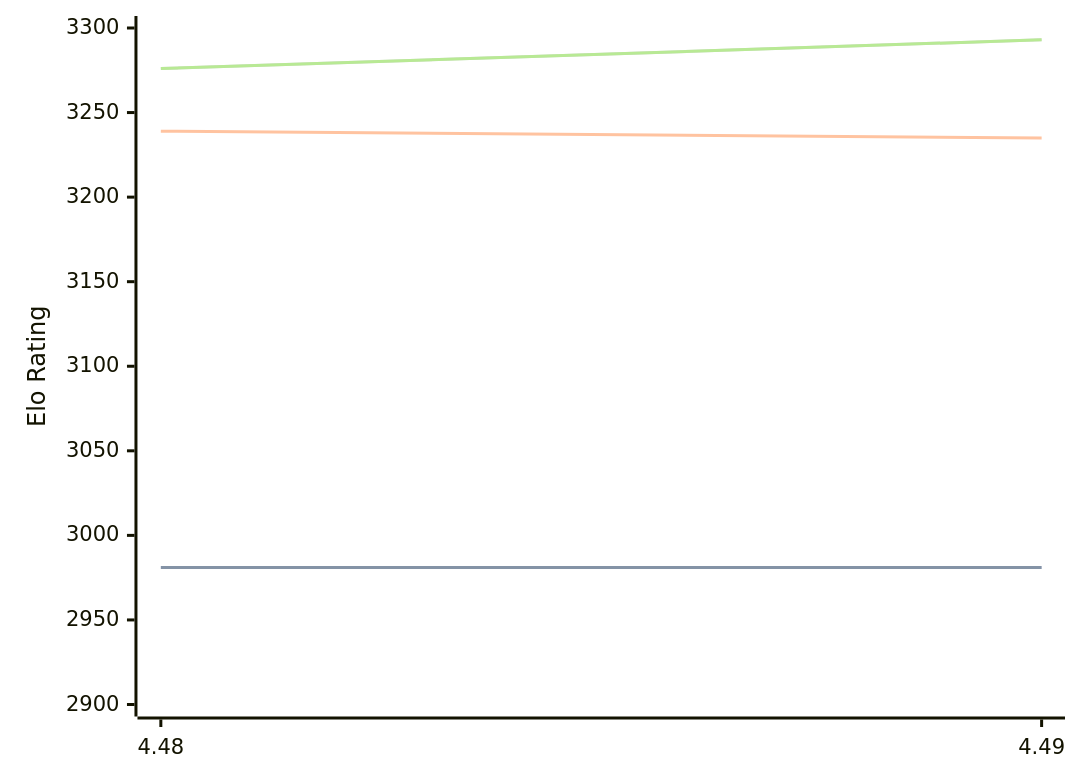
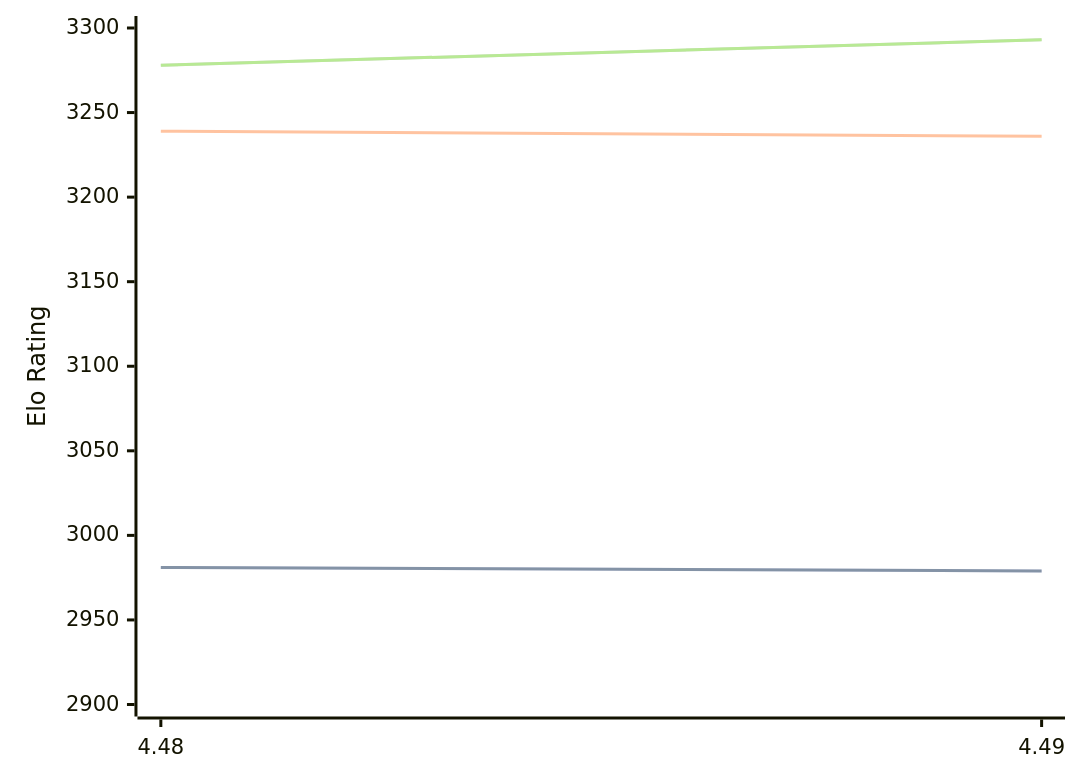
The diagram in engines/Cheng4.md (computer-chess-index/cci), drawn with Mermaid before and after one commit. The commit also changed other lines of this file, not shown here.

Commit message:
Update CCI Ratings (ELO VLTC) - 2026-09-06

````diff
--- a/engines/Cheng4.md
+++ b/engines/Cheng4.md
@@ -32,11 +32,11 @@
 ```mermaid
 %%{init: {"theme":"base","themeVariables":{"seriesColors:['#a3a3a3','#222221','#faa371']}}}%%
 xychart-beta
   x-axis ["4.48", "4.49"]
   y-axis "Elo Rating" 2900 --> 3300
-  line "" [2981, 2981]
-  line "STC (8.0+0.08s)" [2981, 2981]
-  line "LTC (60.0+0.60s)" [3239, 3235]
-  line "" [3276, 3293]
-  line "VLTC (2m24s+1.12s)" [3276, 3293]
+  line "" [2981, 2979]
+  line "STC (8.0+0.08s)" [2981, 2979]
+  line "LTC (60.0+0.60s)" [3239, 3236]
+  line "" [3278, 3293]
+  line "VLTC (2m24s+1.12s)" [3278, 3293]
 ```
````
